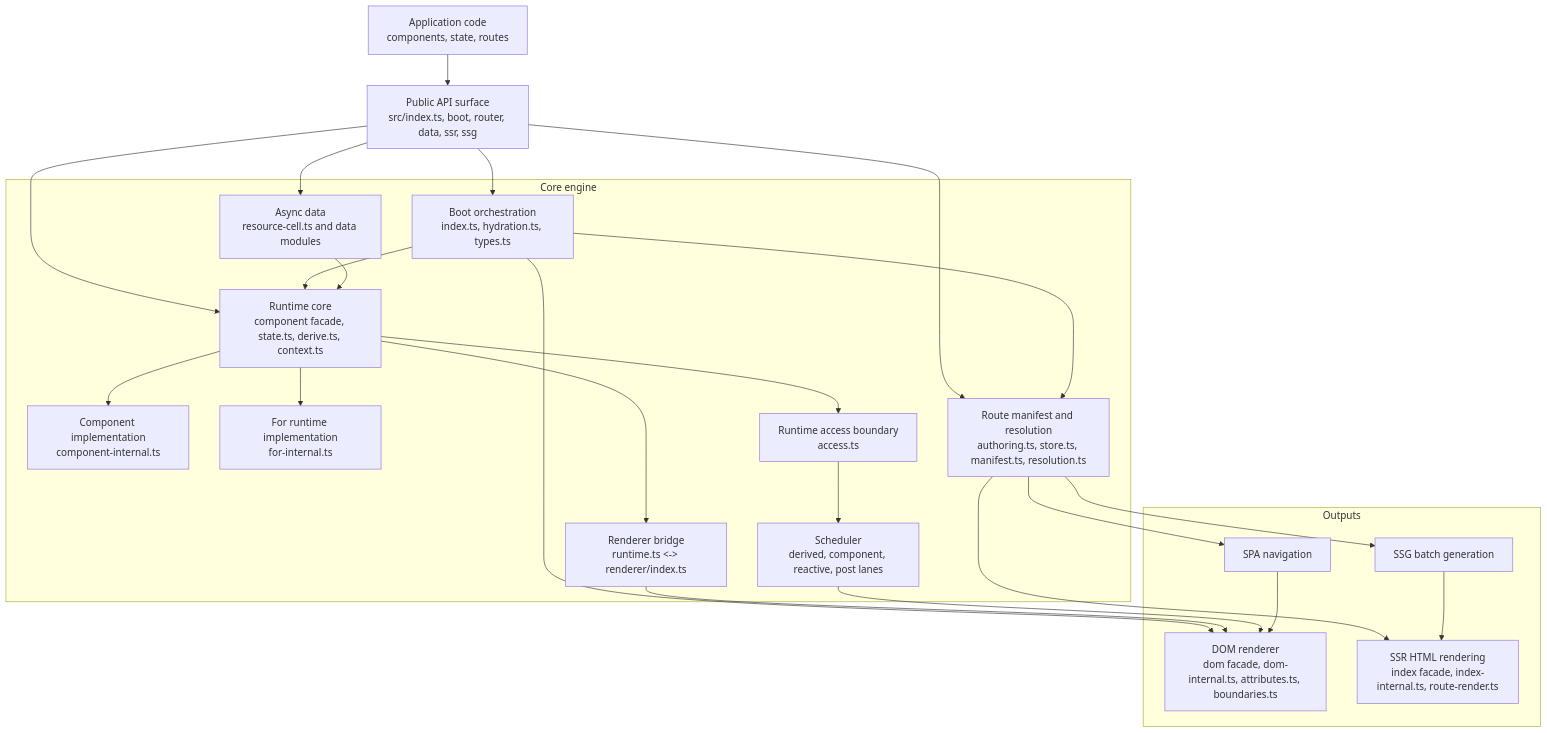
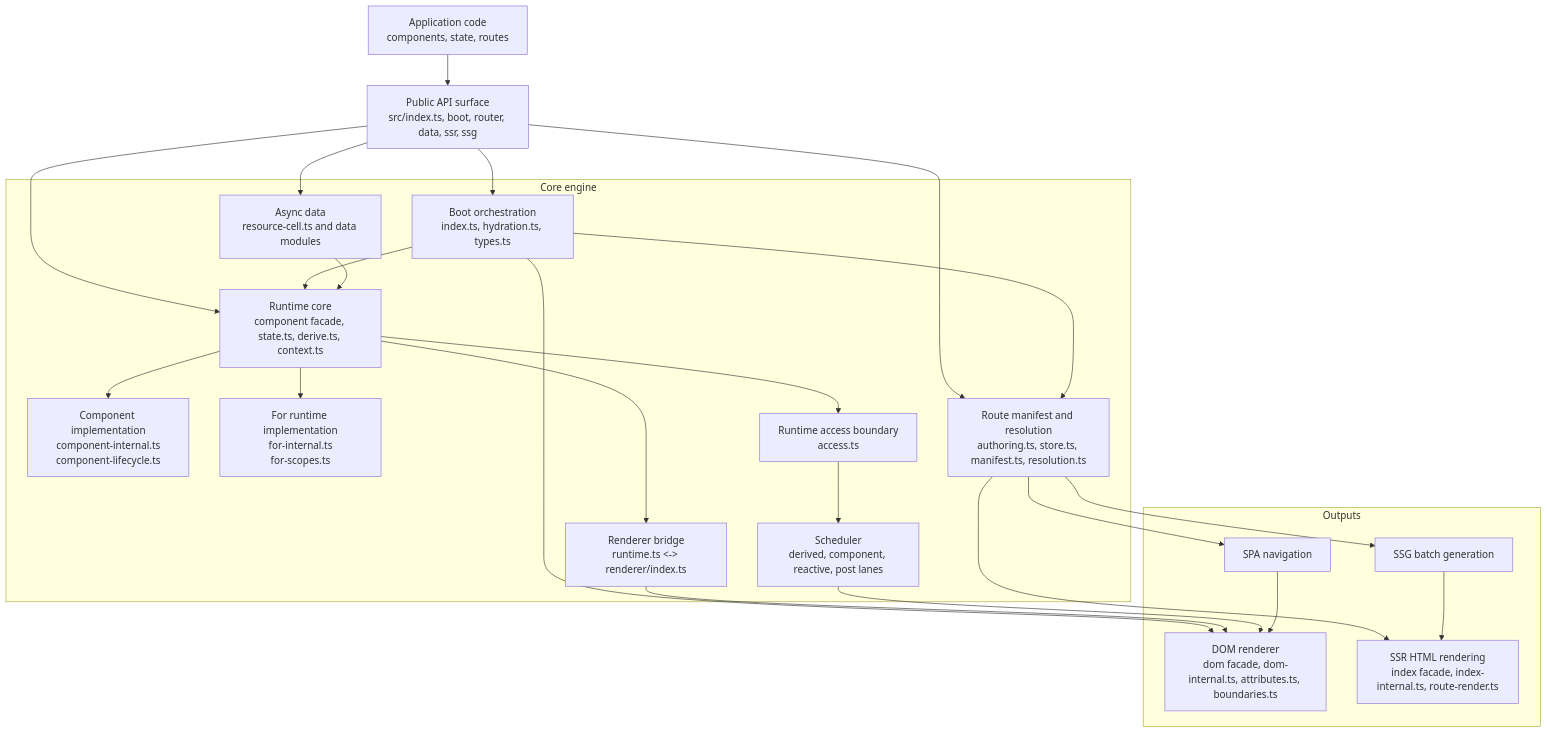
Before and after one commit to askrjs/askr: the first of 2 diagrams in docs/internals/core-engine-design.md, drawn with Mermaid. The commit also changed other lines of this file and 7 other files, not shown here.

````diff
--- a/docs/internals/core-engine-design.md
+++ b/docs/internals/core-engine-design.md
@@ -15,46 +15,46 @@
 ```mermaid
 flowchart TB
   app[Application code<br/>components, state, routes]
   publicApi[Public API surface<br/>src/index.ts, boot, router, data, ssr, ssg]
 
   subgraph engine[Core engine]
     boot[Boot orchestration<br/>index.ts, hydration.ts, types.ts]
     runtime[Runtime core<br/>component facade, state.ts, derive.ts, context.ts]
-    componentCore[Component implementation<br/>component-internal.ts]
-    forCore[For runtime implementation<br/>for-internal.ts]
+    componentCore[Component implementation<br/>component-internal.ts<br/>component-lifecycle.ts]
+    forCore[For runtime implementation<br/>for-internal.ts<br/>for-scopes.ts]
     runtimeAccess[Runtime access boundary<br/>access.ts]
     scheduler[Scheduler<br/>derived, component, reactive, post lanes]
     rendererBridge[Renderer bridge<br/>runtime.ts <-> renderer/index.ts]
     routerManifest[Route manifest and resolution<br/>authoring.ts, store.ts, manifest.ts, resolution.ts]
     asyncData[Async data<br/>resource-cell.ts and data modules]
   end
 
   subgraph outputs[Outputs]
     dom[DOM renderer<br/>dom facade, dom-internal.ts, attributes.ts, boundaries.ts]
     spa[SPA navigation]
     ssr[SSR HTML rendering<br/>index facade, index-internal.ts, route-render.ts]
     ssg[SSG batch generation]
   end
 
   app --> publicApi
   publicApi --> boot
   publicApi --> runtime
   publicApi --> routerManifest
   publicApi --> asyncData
   boot --> runtime
   boot --> routerManifest
   boot --> dom
   runtime --> runtimeAccess
   runtime --> componentCore
   runtime --> forCore
   runtimeAccess --> scheduler
   runtime --> rendererBridge
   asyncData --> runtime
   routerManifest --> spa
   routerManifest --> ssr
   routerManifest --> ssg
   rendererBridge --> dom
   scheduler --> dom
   spa --> dom
   ssg --> ssr
 ```
````
